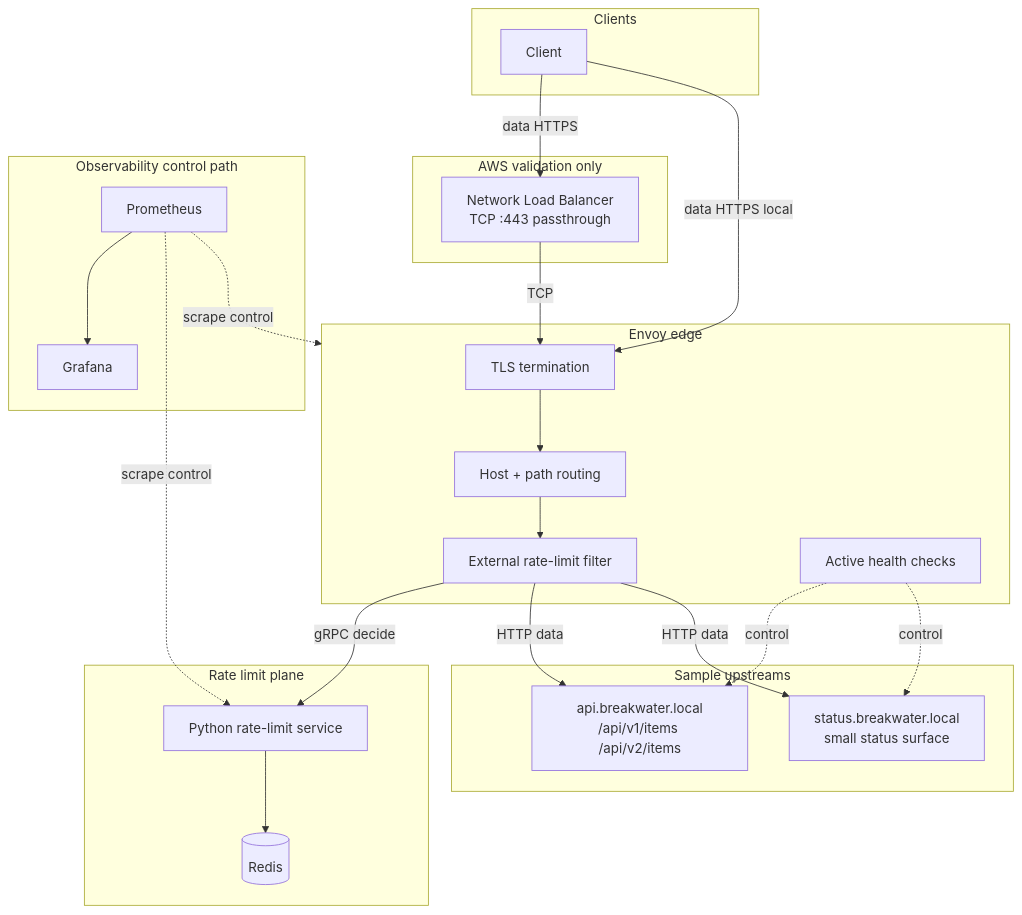
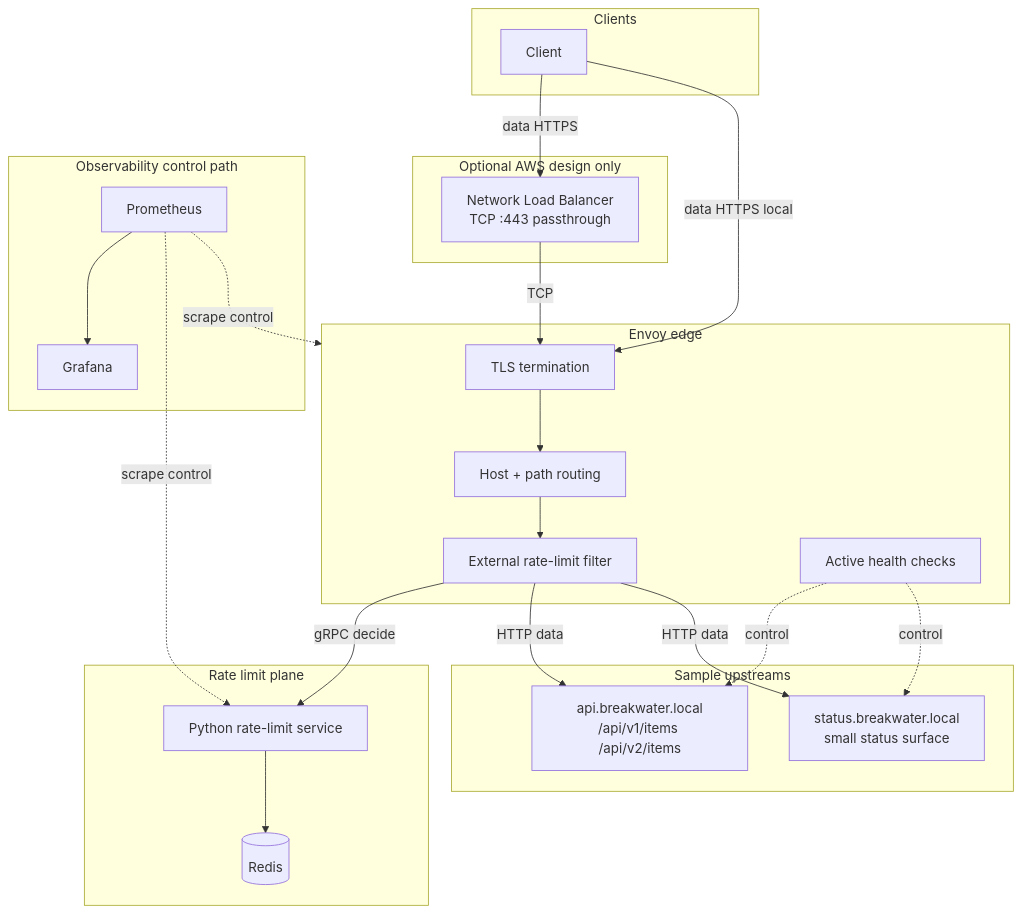
One commit to DrashtiShah23/BreakWater changed the second of 2 diagrams in docs/architecture.md. Above: the diagram before and after it, drawn with Mermaid. The commit also changed other lines of this file and 2 other files, not shown here.

````diff
--- a/docs/architecture.md
+++ b/docs/architecture.md
@@ -48,46 +65,46 @@
 ```mermaid
 flowchart TB
   subgraph clients ["Clients"]
     C[Client]
   end
 
-  subgraph awsEntry ["AWS validation only"]
+  subgraph awsEntry ["Optional AWS design only"]
     NLB["Network Load Balancer<br/>TCP :443 passthrough"]
   end
 
   subgraph edge ["Envoy edge"]
     TLS[TLS termination]
     RT[Host + path routing]
     RLFilter[External rate-limit filter]
     HC[Active health checks]
     TLS --> RT --> RLFilter
   end
 
   subgraph ratelimit ["Rate limit plane"]
     RLS[Python rate-limit service]
     Redis[(Redis)]
     RLS --> Redis
   end
 
   subgraph upstreams ["Sample upstreams"]
     API["api.breakwater.local<br/>/api/v1/items /api/v2/items"]
     ST["status.breakwater.local<br/>small status surface"]
   end
 
   subgraph obs ["Observability control path"]
     Prom[Prometheus]
     Graf[Grafana]
     Prom --> Graf
   end
 
   C -->|data HTTPS| NLB
   NLB -->|TCP| TLS
   C -->|data HTTPS local| TLS
   RLFilter -->|gRPC decide| RLS
   RLFilter -->|HTTP data| API
   RLFilter -->|HTTP data| ST
   HC -.->|control| API
   HC -.->|control| ST
   Prom -.->|scrape control| edge
   Prom -.->|scrape control| RLS
 ```
````
